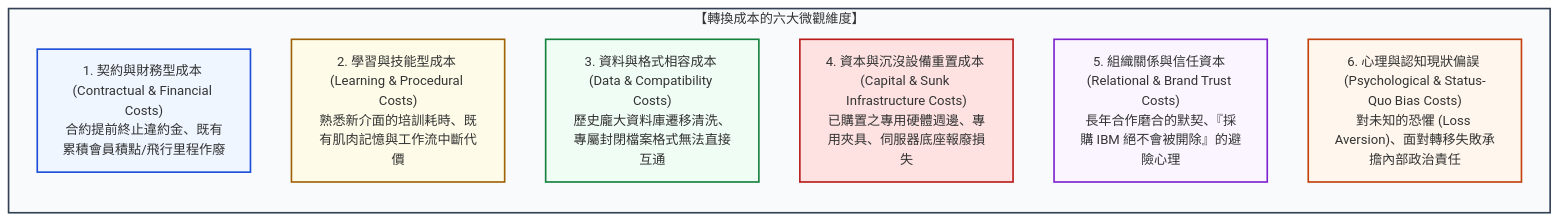
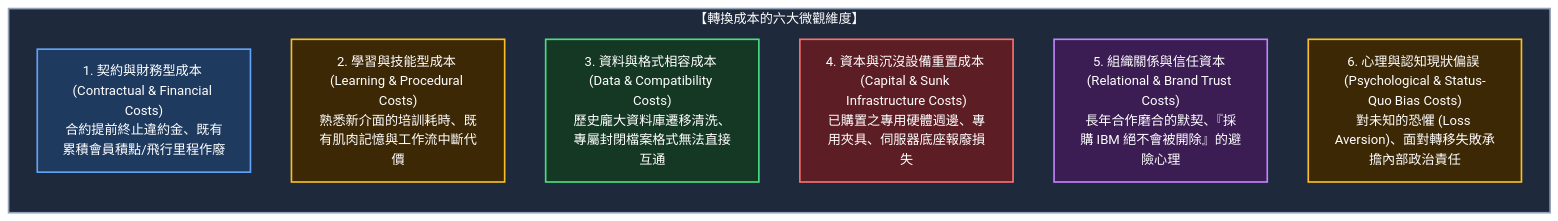
The diagram in src/site/notes/98_商業概念庫/switching-costs_轉換成本.md (Jimlin0428/my-digital-garden), drawn with Mermaid before and after one commit. The commit also changed 58 other files, not shown here.

````diff
--- a/src/site/notes/98_商業概念庫/switching-costs_轉換成本.md
+++ b/src/site/notes/98_商業概念庫/switching-costs_轉換成本.md
@@ -70,20 +70,20 @@
 ```mermaid
 flowchart TD
     subgraph SixCosts ["【轉換成本的六大微觀維度】"]
         direction TB
         C1["1. 契約與財務型成本 (Contractual & Financial Costs)<br/>合約提前終止違約金、既有累積會員積點/飛行里程作廢"]
         C2["2. 學習與技能型成本 (Learning & Procedural Costs)<br/>熟悉新介面的培訓耗時、既有肌肉記憶與工作流中斷代價"]
         C3["3. 資料與格式相容成本 (Data & Compatibility Costs)<br/>歷史龐大資料庫遷移清洗、專屬封閉檔案格式無法直接互通"]
         C4["4. 資本與沉沒設備重置成本 (Capital & Sunk Infrastructure Costs)<br/>已購置之專用硬體週邊、專用夾具、伺服器底座報廢損失"]
         C5["5. 組織關係與信任資本 (Relational & Brand Trust Costs)<br/>長年合作磨合的默契、『採購 IBM 絕不會被開除』的避險心理"]
         C6["6. 心理與認知現狀偏誤 (Psychological & Status-Quo Bias Costs)<br/>對未知的恐懼 (Loss Aversion)、面對轉移失敗承擔內部政治責任"]
     end
 
-    style SixCosts fill:#f8fafc,stroke:#334155,stroke-width:2px
-    style C1 fill:#eff6ff,stroke:#1d4ed8,stroke-width:2px
-    style C2 fill:#fefce8,stroke:#a16207,stroke-width:2px
-    style C3 fill:#f0fdf4,stroke:#15803d,stroke-width:2px
-    style C4 fill:#fee2e2,stroke:#b91c1c,stroke-width:2px
-    style C5 fill:#faf5ff,stroke:#7e22ce,stroke-width:2px
-    style C6 fill:#fff7ed,stroke:#c2410c,stroke-width:2px
+    style SixCosts fill:#1e293b,stroke:#94a3b8,stroke-width:2px,color:#ffffff
+    style C1 fill:#1e3a5f,stroke:#60a5fa,stroke-width:2px,color:#ffffff
+    style C2 fill:#3d2806,stroke:#fbbf24,stroke-width:2px,color:#ffffff
+    style C3 fill:#143823,stroke:#4ade80,stroke-width:2px,color:#ffffff
+    style C4 fill:#5c1d24,stroke:#f87171,stroke-width:2px,color:#ffffff
+    style C5 fill:#3b1d54,stroke:#c084fc,stroke-width:2px,color:#ffffff
+    style C6 fill:#3d2806,stroke:#fbbf24,stroke-width:2px,color:#ffffff
 ```
````
